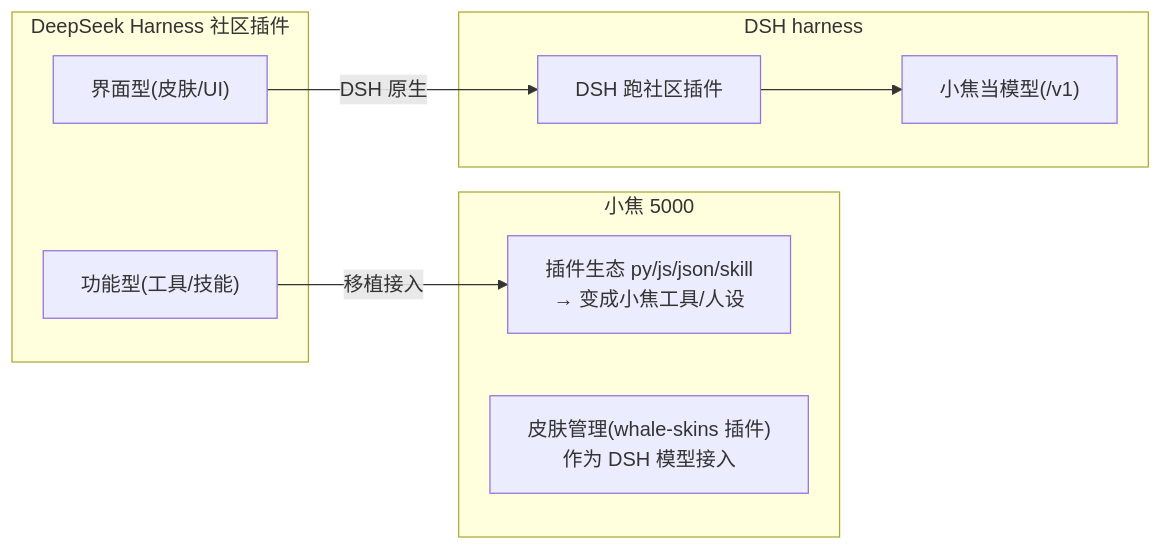
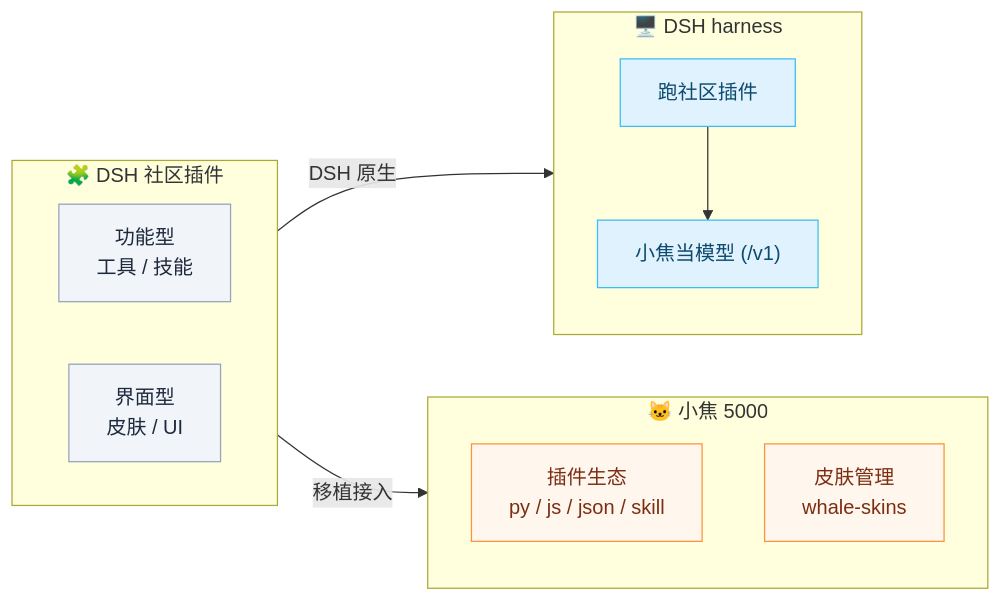
Before and after one commit to jiangchuangege/xiaojiao-harness: the second of 7 diagrams in README.md, drawn with Mermaid. The commit also changed other lines of this file and 1 other file, not shown here.

First line of the commit message:
docs: redesign all mermaid diagrams (layered, color-coded, cleaner)

````diff
--- a/README.md
+++ b/README.md
@@ -187,19 +203,31 @@
 ```mermaid
 flowchart LR
-    subgraph DSH社区["DeepSeek Harness 社区插件"]
-        D1["功能型(工具/技能)"]
-        D2["界面型(皮肤/UI)"]
+    subgraph DSHC["🧩 DSH 社区插件"]
+        direction LR
+        D1["功能型<br/>工具 / 技能"]
+        D2["界面型<br/>皮肤 / UI"]
     end
-    subgraph XJ["小焦 5000"]
-        X1["插件生态 py/js/json/skill\n→ 变成小焦工具/人设"]
-        X2["皮肤管理(whale-skins 插件)\n作为 DSH 模型接入"]
+
+    subgraph XJ["🐱 小焦 5000"]
+        direction TB
+        X1["插件生态<br/>py / js / json / skill"]
+        X2["皮肤管理<br/>whale-skins"]
     end
-    subgraph DSH["DSH harness"]
-        DS1["DSH 跑社区插件"]
-        DS2["小焦当模型(/v1)"]
+
+    subgraph DSH["🖥️ DSH harness"]
+        direction TB
+        DS1["跑社区插件"]
+        DS2["小焦当模型 (/v1)"]
     end
+
     D1 -->|移植接入| X1
-    
     D2 -->|DSH 原生| DS1
     DS1 --> DS2
+
+    classDef dshc fill:#f1f5f9,stroke:#94a3b8,color:#1e293b;
+    classDef xj fill:#fff7ed,stroke:#fb923c,color:#7c2d12;
+    classDef dsh fill:#e0f2fe,stroke:#38bdf8,color:#0c4a6e;
+    class D1,D2 dshc;
+    class X1,X2 xj;
+    class DS1,DS2 dsh;
 ```
````
